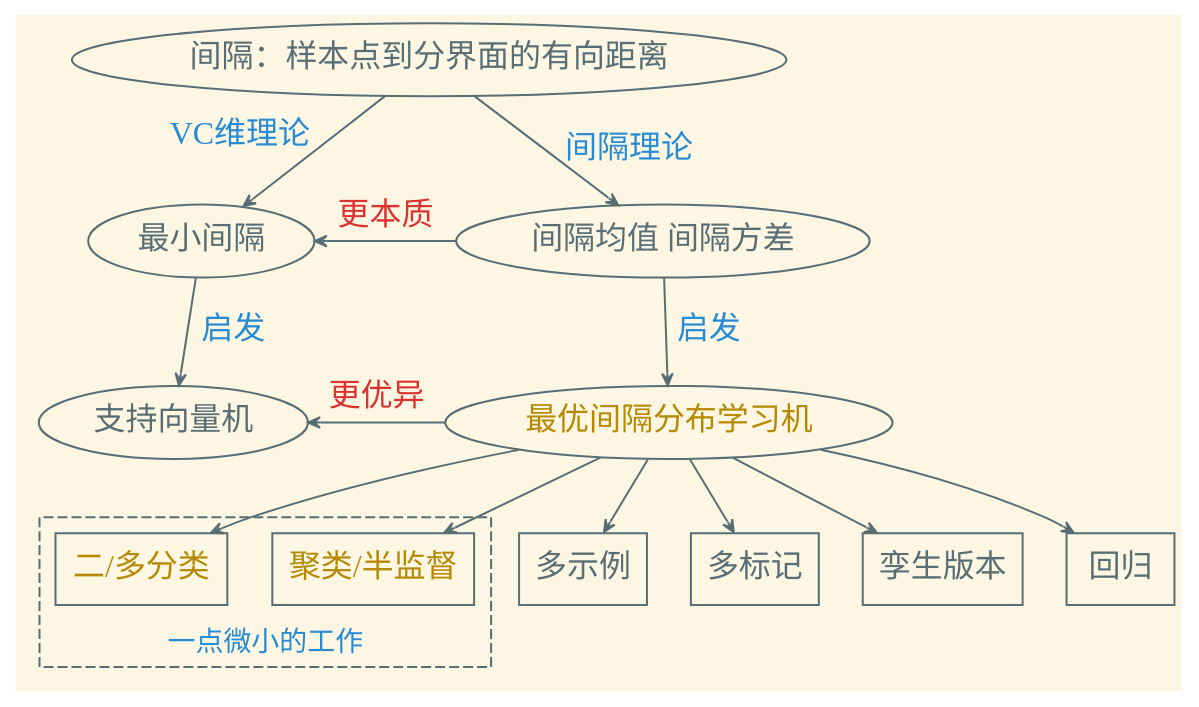
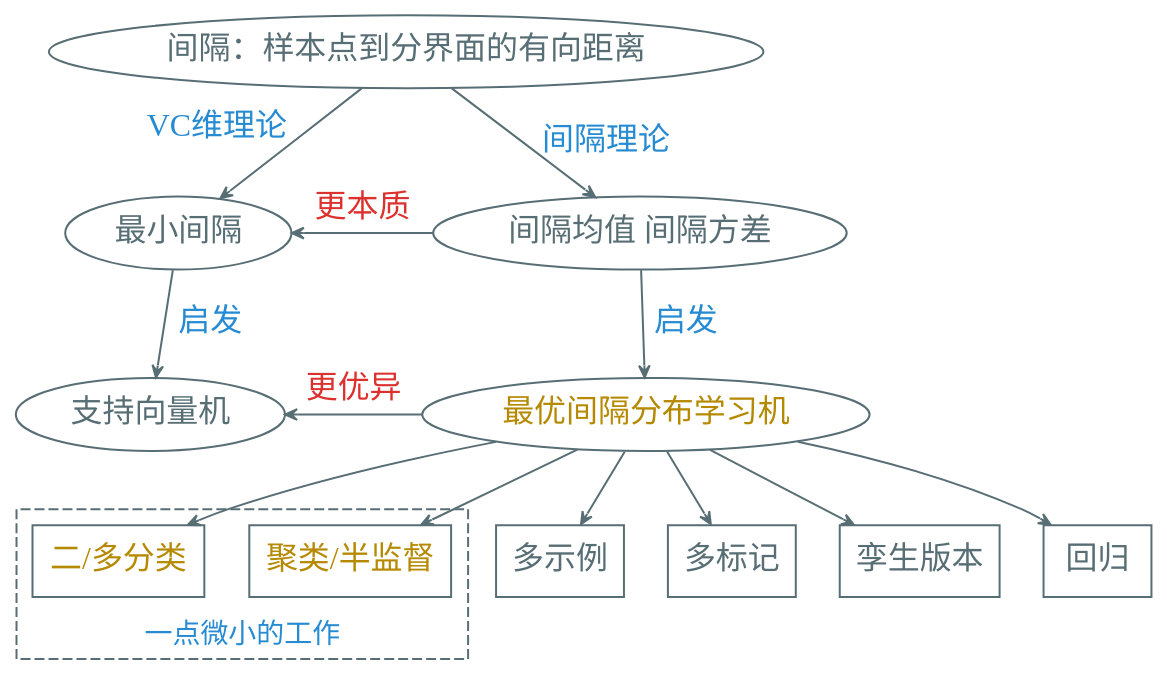
Before and after one commit to Avanti1980/presentation: the diagram in dot/odm-review.dot, drawn with Graphviz. The commit also changed 36 other files, not shown here.

```diff
--- a/dot/odm-review.dot
+++ b/dot/odm-review.dot
@@ -1,42 +1,41 @@
 digraph g {
-graph [nodesep=0.3 ranksep=0.5]
-style=filled
-bgcolor="#fdf6e3"
+    graph [nodesep=0.3 ranksep=0.5]
+    bgcolor="transparent"
 
-node [shape=ellipse color="#586e75" fontcolor="#586e75" fontsize=16 fontname="EBG,fzlz"]
-edge [arrowhead=vee color="#586e75" fontcolor="#268bd2" fontsize=16 fontname="EBG,fzlz" arrowsize=0.6]
+    node [shape=ellipse color="#586e75" fontcolor="#586e75" fontsize=16 fontname="EBG,fzlz"]
+    edge [arrowhead=vee color="#586e75" fontcolor="#268bd2" fontsize=16 fontname="EBG,fzlz" arrowsize=0.6]
 
-间隔：样本点到分界面的有向距离 -> 最小间隔 [headlabel="VC维理论" labeldistance=3.5 labelangle=55]
-间隔：样本点到分界面的有向距离 -> "间隔均值 间隔方差" [label="间隔理论"]
+    间隔：样本点到分界面的有向距离 -> 最小间隔 [headlabel="VC维理论" labeldistance=3.5 labelangle=55]
+    间隔：样本点到分界面的有向距离 -> "间隔均值 间隔方差" [label="间隔理论"]
 
-最小间隔 -> 支持向量机 [label="  启发"]
+    最小间隔 -> 支持向量机 [label="  启发"]
 
-node [fontcolor="#b58900"]
+    node [fontcolor="#b58900"]
 
-"间隔均值 间隔方差" -> 最优间隔分布学习机 [label="  启发"]
+    "间隔均值 间隔方差" -> 最优间隔分布学习机 [label="  启发"]
 
-edge [fontcolor="#dc322f"]
+    edge [fontcolor="#dc322f"]
 
-"间隔均值 间隔方差" -> 最小间隔 [label="更本质" constraint=false]
+    "间隔均值 间隔方差" -> 最小间隔 [label="更本质" constraint=false]
 
-最优间隔分布学习机 -> 支持向量机 [label="更优异" constraint=false]
+    最优间隔分布学习机 -> 支持向量机 [label="更优异" constraint=false]
 
-node [shape=box]
+    node [shape=box]
 
-最优间隔分布学习机 -> {"二/多分类" "聚类/半监督"}
+    最优间隔分布学习机 -> {"二/多分类" "聚类/半监督"}
 
-subgraph cluster_1 {
-    label="一点微小的工作"
-    fontname="EBG,fzlz"
-    color="#586e75"
-    fontcolor="#268bd2"
-    style="dashed"
-    labelloc="b"
-    "二/多分类" "聚类/半监督"
-}
+    subgraph cluster_1 {
+        label="一点微小的工作"
+        fontname="EBG,fzlz"
+        color="#586e75"
+        fontcolor="#268bd2"
+        style="dashed"
+        labelloc="b"
+        "二/多分类" "聚类/半监督"
+    }
 
-node [fontcolor="#586e75"]
+    node [fontcolor="#586e75"]
 
-最优间隔分布学习机 -> {多示例 多标记 孪生版本 回归}
+    最优间隔分布学习机 -> {多示例 多标记 孪生版本 回归}
 
 }
```
